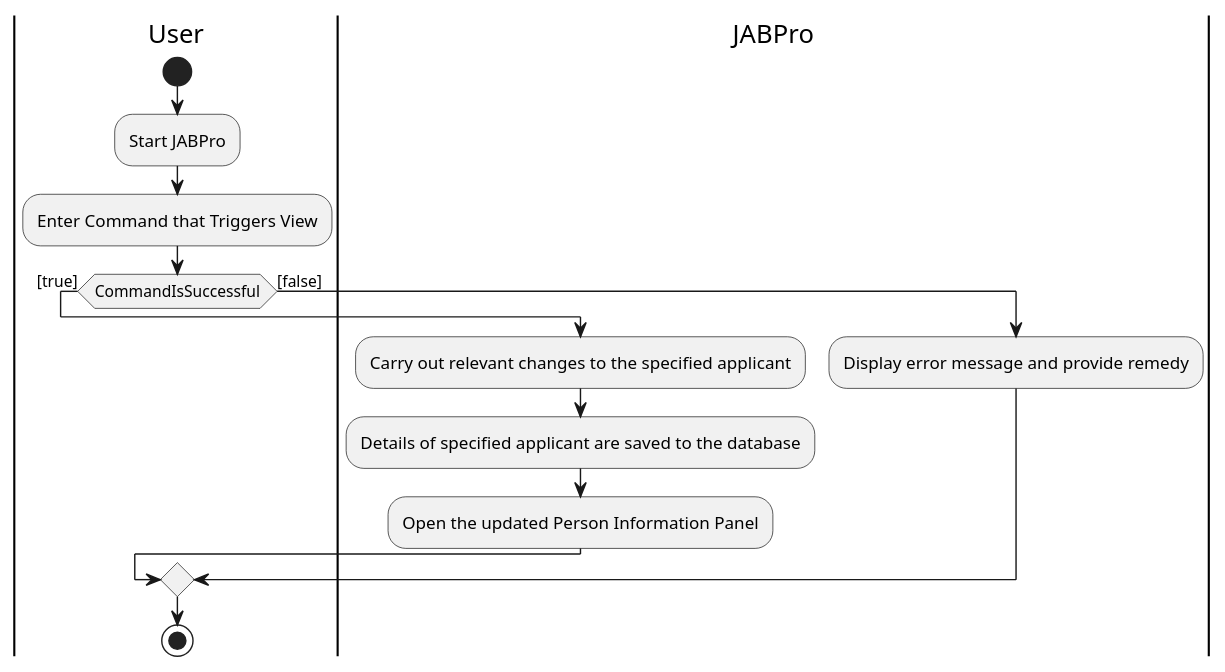
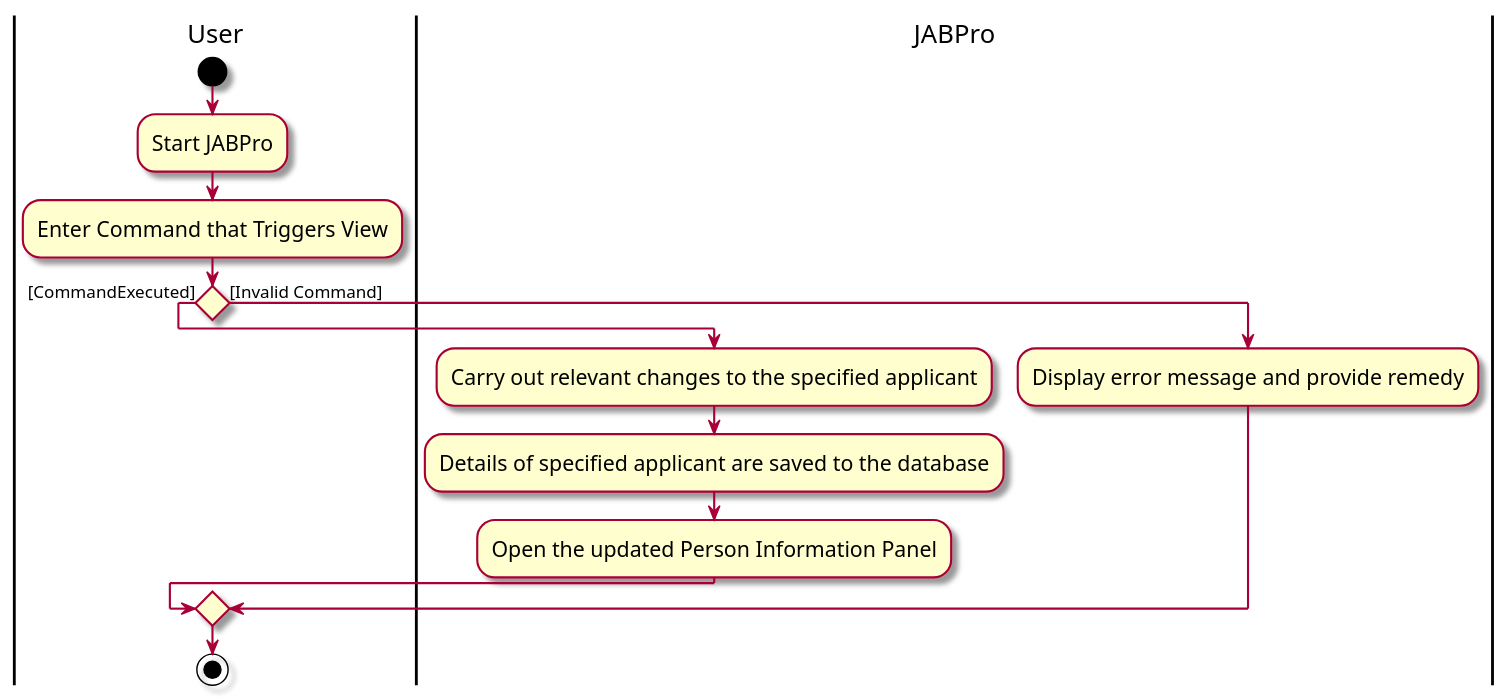
Before and after one commit to nus-cs2103-AY2324S1/tp: the diagram in docs/diagrams/ViewActivityDiagram.puml, drawn with PlantUML. The commit also changed 2 other files, not shown here.

```diff
--- a/docs/diagrams/ViewActivityDiagram.puml
+++ b/docs/diagrams/ViewActivityDiagram.puml
@@ -1,25 +1,29 @@
 @startuml
 'https://plantuml.com/activity-diagram-beta
+skin rose
+skinparam ActivityFontSize 15
+skinparam ArrowFontSize 12
+
 |User|
 start
 :Start JABPro;
 :Enter Command that Triggers View;
-if (CommandIsSuccessful) then ([true])
+if () then ([CommandExecuted])
   |JABPro|
   :Carry out relevant changes to the specified applicant;
   |JABPro|
   :Details of specified applicant are saved to the database;
 
   |JABPro|
   :Open the updated Person Information Panel;
   |User|
-else ([false])
+else ([Invalid Command])
   |JABPro|
   :Display error message and provide remedy;
   |User|
 
 endif
 
 stop
 
 @enduml
```
